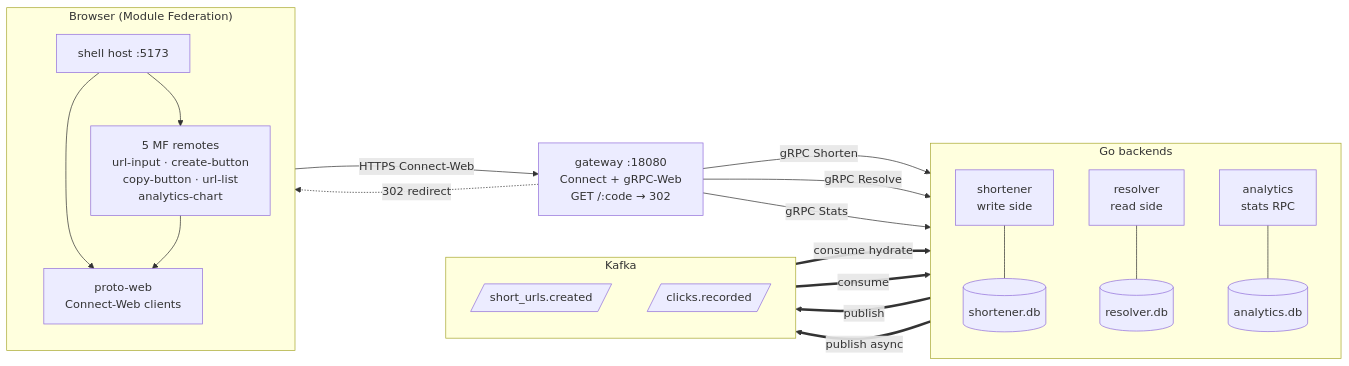
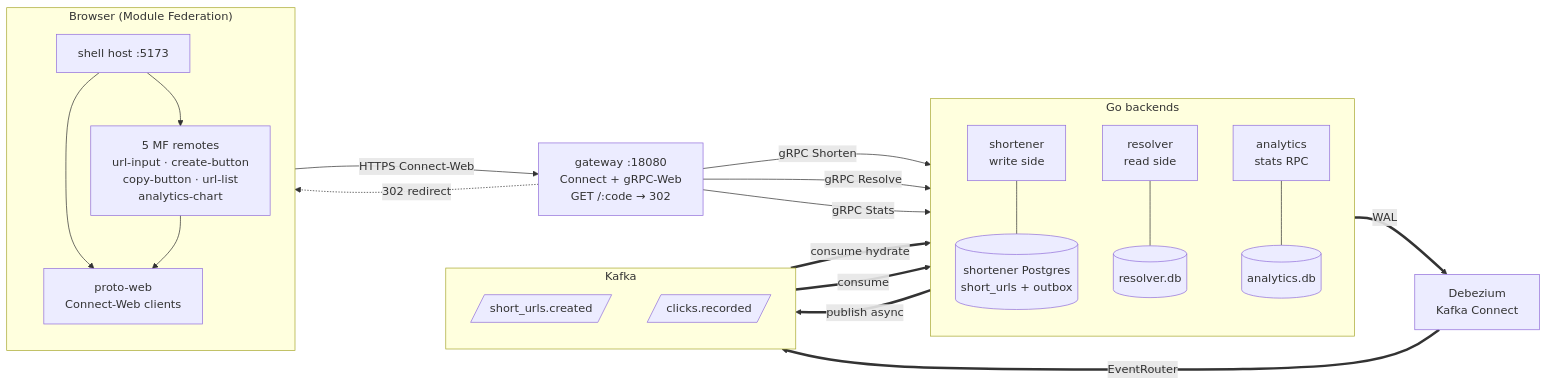
The diagram in README.md (GuitarWag/unnecessary-complexity), drawn with Mermaid before and after one commit. The commit also changed other lines of this file and 3 other files, not shown here.

First line of the commit message:
docs: document the outbox, Tilt, observability and simulator, and redraw the architecture

````diff
--- a/README.md
+++ b/README.md
@@ -11,44 +11,47 @@
 ```mermaid
 flowchart LR
   subgraph FE["Browser (Module Federation)"]
     direction TB
     Shell["shell host :5173"]
     Remotes["5 MF remotes<br/>url-input · create-button<br/>copy-button · url-list<br/>analytics-chart"]
     PW["proto-web<br/>Connect-Web clients"]
     Shell --> Remotes
     Shell --> PW
     Remotes --> PW
   end
 
   GW["gateway :18080<br/>Connect + gRPC-Web<br/>GET /:code → 302"]
 
   subgraph BE["Go backends"]
     direction TB
     SH["shortener<br/>write side"]
     RS["resolver<br/>read side"]
     AN["analytics<br/>stats RPC"]
-    SHDB[("shortener.db")]
+    SHDB[("shortener Postgres<br/>short_urls + outbox")]
     RSDB[("resolver.db")]
     ANDB[("analytics.db")]
     SH --- SHDB
     RS --- RSDB
     AN --- ANDB
   end
+
+  DBZ["Debezium<br/>Kafka Connect"]
 
   subgraph K["Kafka"]
     direction TB
     T1[/"short_urls.created"/]
     T2[/"clicks.recorded"/]
   end
 
   PW -->|"HTTPS Connect-Web"| GW
   GW -.->|"302 redirect"| FE
   GW -->|"gRPC Shorten"| SH
   GW -->|"gRPC Resolve"| RS
   GW -->|"gRPC Stats"| AN
 
-  SH ==>|"publish"| T1
+  SHDB ==>|"WAL"| DBZ
+  DBZ ==>|"EventRouter"| T1
   T1 ==>|"consume hydrate"| RS
   RS ==>|"publish async"| T2
   T2 ==>|"consume"| AN
 ```
````
